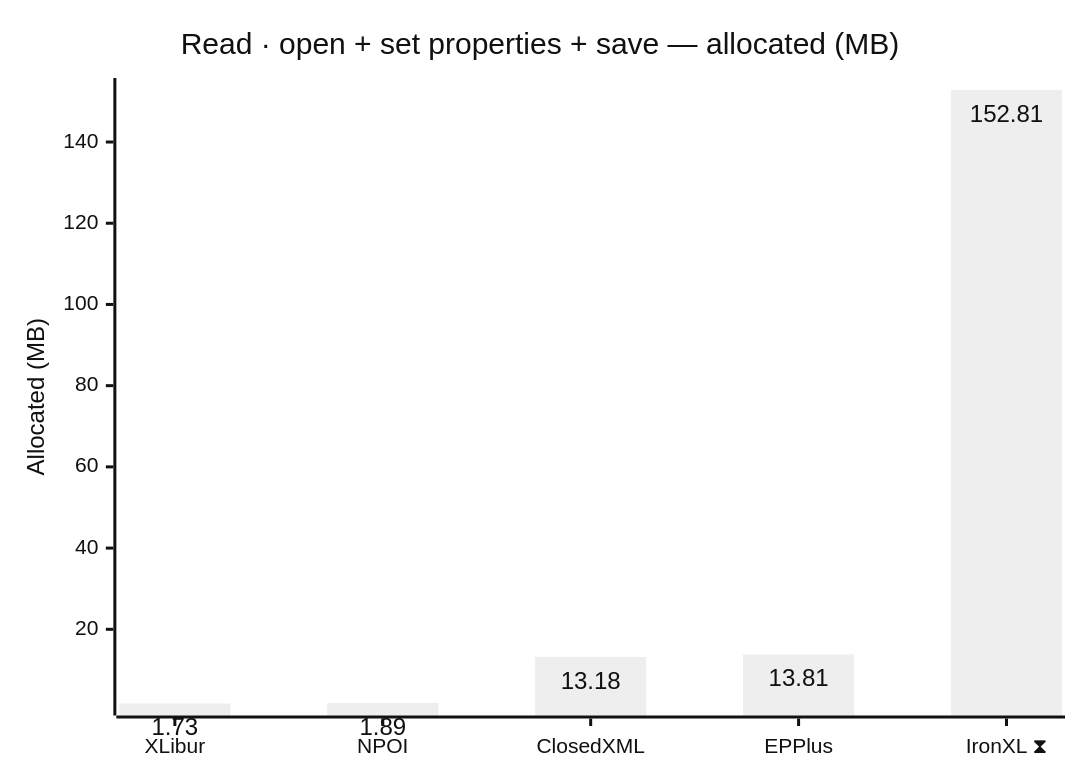
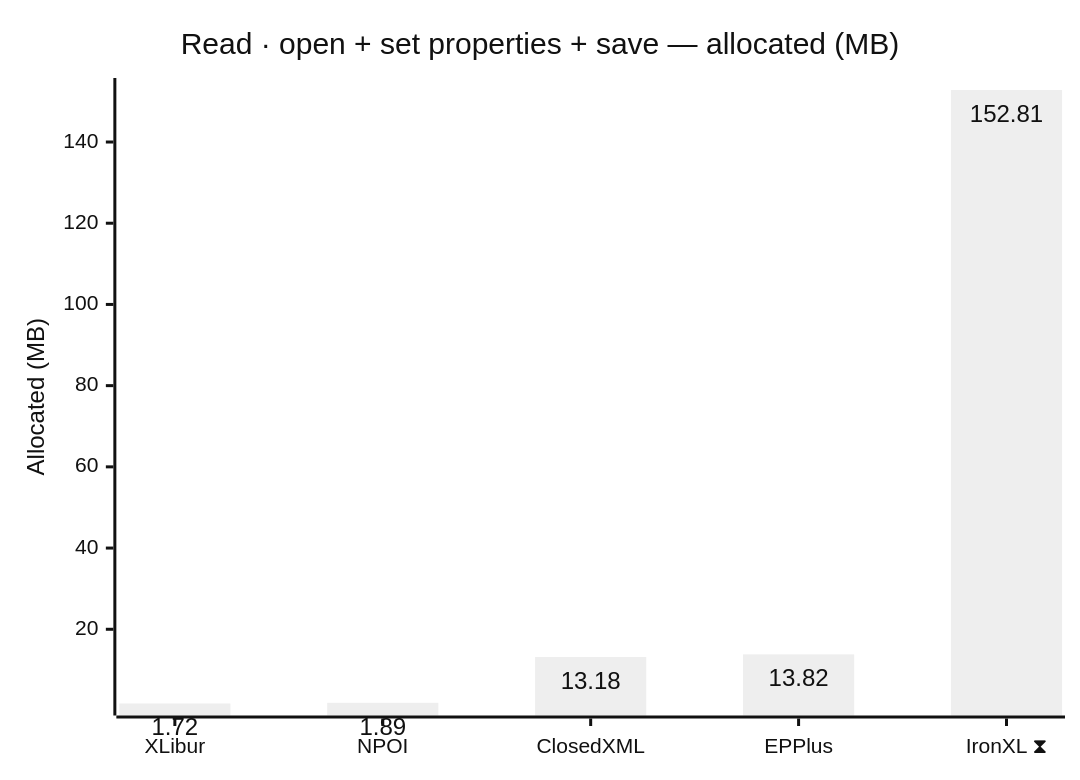
Before and after one commit to jafin/XLBench: the second of 12 diagrams in docs/results.md, drawn with Mermaid (neutral theme). The commit also changed other lines of this file and 6 other files, not shown here.

````diff
--- a/docs/results.md
+++ b/docs/results.md
@@ -52,12 +52,12 @@
 ```mermaid
 ---
 config:
   xyChart:
     showDataLabel: true
 ---
 xychart-beta
     title "Read · open + set properties + save — allocated (MB)"
     x-axis ["XLibur", "NPOI", "ClosedXML", "EPPlus", "IronXL ⧗"]
     y-axis "Allocated (MB)"
-    bar [1.73, 1.89, 13.18, 13.81, 152.81]
+    bar [1.72, 1.89, 13.18, 13.82, 152.81]
 ```
````
